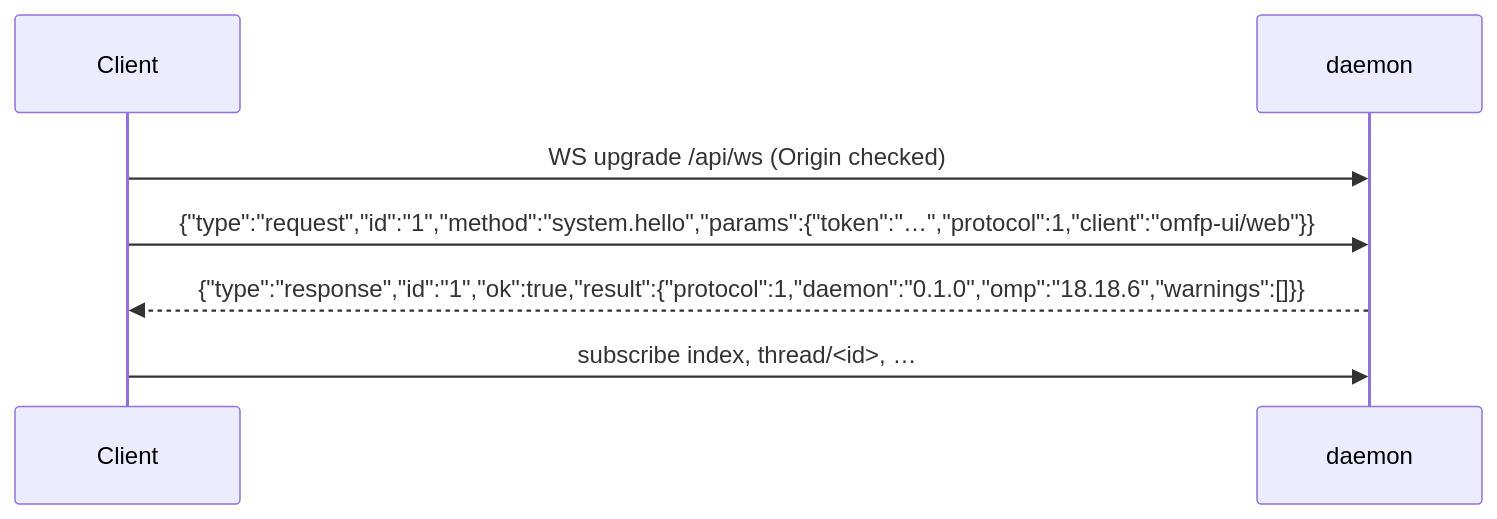
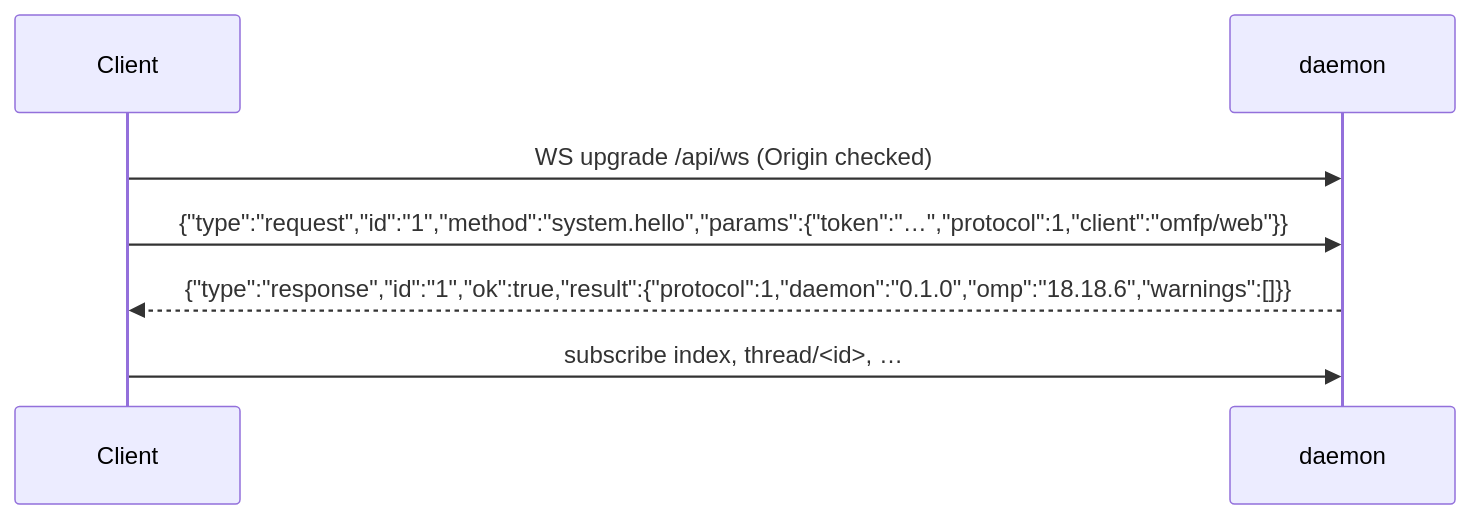
The diagram in docs/specs/03-protocol.md (TonioGela/omfp), drawn with Mermaid before and after one commit. The commit also changed other lines of this file and 303 other files, not shown here.

````diff
--- a/docs/specs/03-protocol.md
+++ b/docs/specs/03-protocol.md
@@ -8,9 +9,9 @@
 ```mermaid
 sequenceDiagram
   participant C as Client
   participant D as daemon
   C->>D: WS upgrade /api/ws (Origin checked)
-  C->>D: {"type":"request","id":"1","method":"system.hello","params":{"token":"…","protocol":1,"client":"omfp-ui/web"}}
+  C->>D: {"type":"request","id":"1","method":"system.hello","params":{"token":"…","protocol":1,"client":"omfp/web"}}
   D-->>C: {"type":"response","id":"1","ok":true,"result":{"protocol":1,"daemon":"0.1.0","omp":"18.18.6","warnings":[]}}
   C->>D: subscribe index, thread/<id>, …
 ```
````
